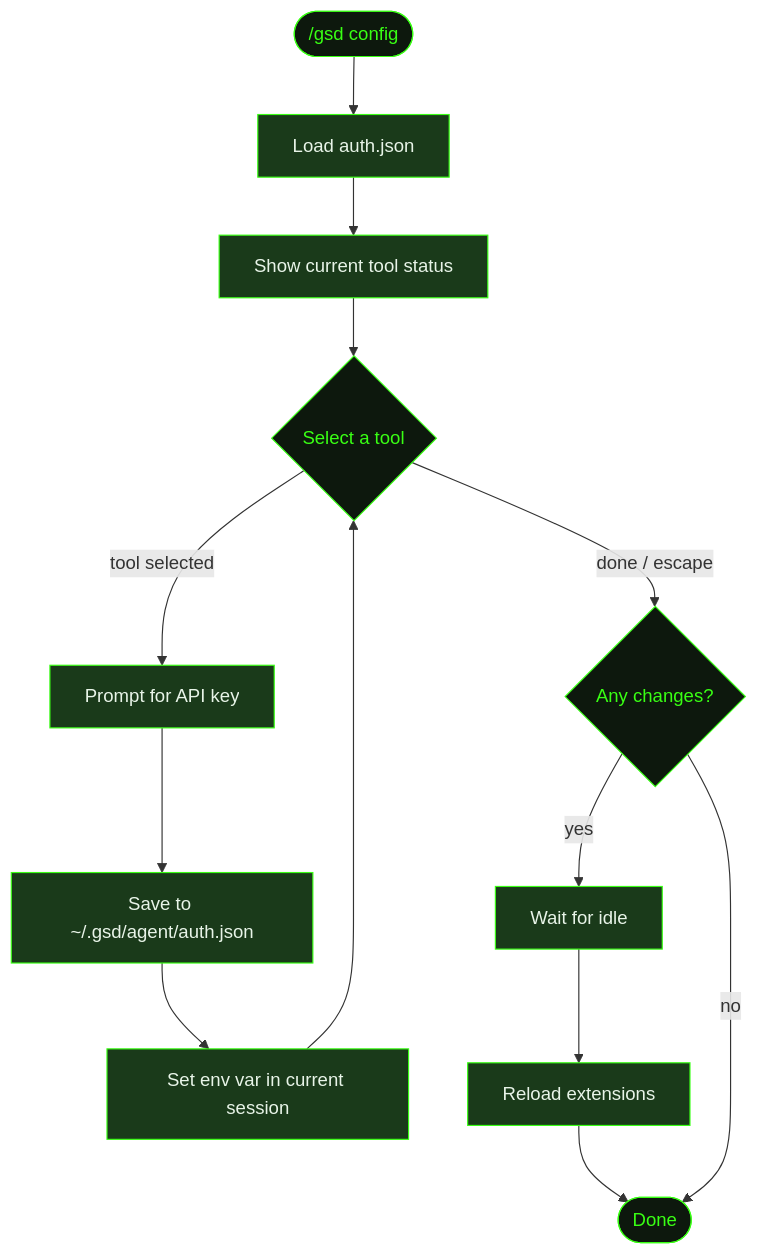
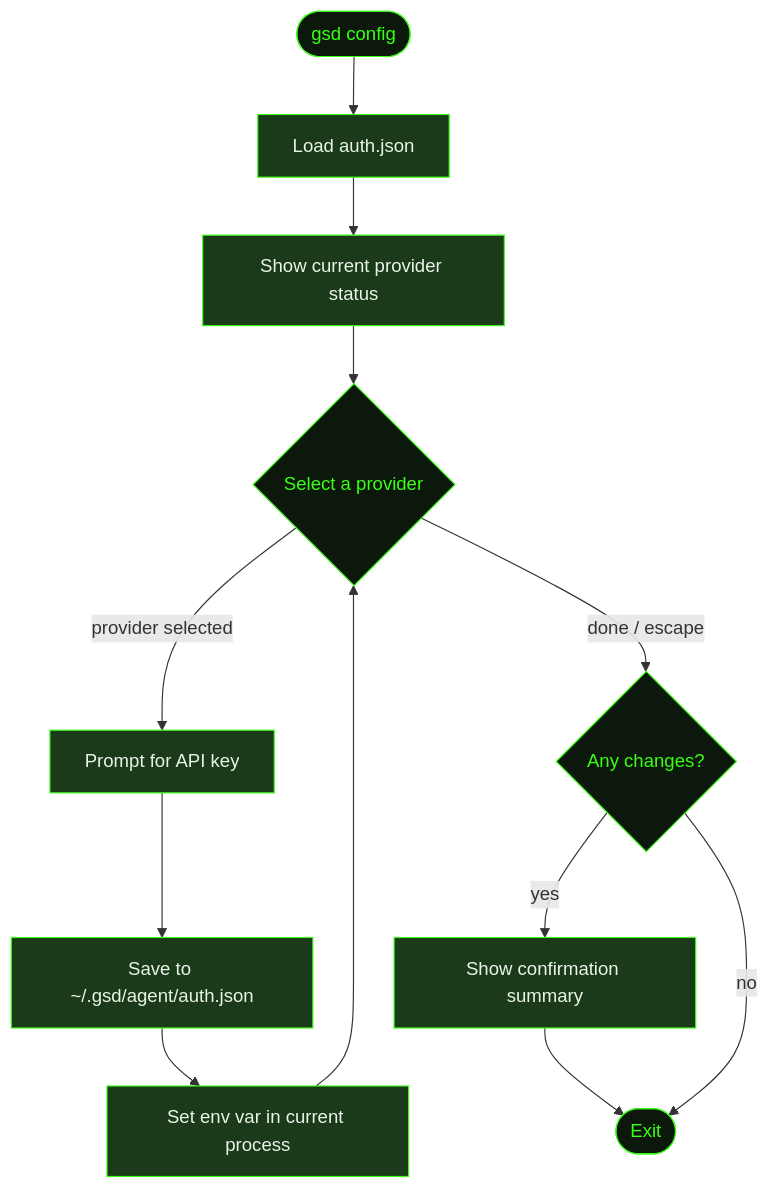
Before and after one commit to shusha-group/gsd2-guide: the diagram in src/content/docs/commands/config.mdx, drawn with Mermaid. The commit also changed other lines of this file and 33 other files, not shown here.

````diff
--- a/src/content/docs/commands/config.mdx
+++ b/src/content/docs/commands/config.mdx
@@ -24,27 +26,25 @@
 ```mermaid
 flowchart TD
-    Start(["/gsd config"]) --> Load[Load auth.json]
-    Load --> Status[Show current tool status]
-    Status --> Loop{Select a tool}
-    Loop -->|tool selected| Input[Prompt for API key]
+    Start(["gsd config"]) --> Load[Load auth.json]
+    Load --> Status[Show current provider status]
+    Status --> Loop{Select a provider}
+    Loop -->|provider selected| Input[Prompt for API key]
     Input --> Save[Save to ~/.gsd/agent/auth.json]
-    Save --> Activate[Set env var in current session]
+    Save --> Activate[Set env var in current process]
     Activate --> Loop
     Loop -->|done / escape| Changed{Any changes?}
-    Changed -->|yes| Wait[Wait for idle]
-    Wait --> Reload[Reload extensions]
-    Reload --> End([Done])
+    Changed -->|yes| Confirm[Show confirmation summary]
+    Confirm --> End([Exit])
     Changed -->|no| End
 
     style Start fill:#0d180d,stroke:#39ff14,color:#39ff14
     style Loop fill:#0d180d,stroke:#39ff14,color:#39ff14
     style Changed fill:#0d180d,stroke:#39ff14,color:#39ff14
     style Load fill:#1a3a1a,stroke:#39ff14,color:#e8f4e8
     style Status fill:#1a3a1a,stroke:#39ff14,color:#e8f4e8
     style Input fill:#1a3a1a,stroke:#39ff14,color:#e8f4e8
     style Save fill:#1a3a1a,stroke:#39ff14,color:#e8f4e8
     style Activate fill:#1a3a1a,stroke:#39ff14,color:#e8f4e8
-    style Wait fill:#1a3a1a,stroke:#39ff14,color:#e8f4e8
-    style Reload fill:#1a3a1a,stroke:#39ff14,color:#e8f4e8
+    style Confirm fill:#1a3a1a,stroke:#39ff14,color:#e8f4e8
     style End fill:#0d180d,stroke:#39ff14,color:#39ff14
 ```
````
